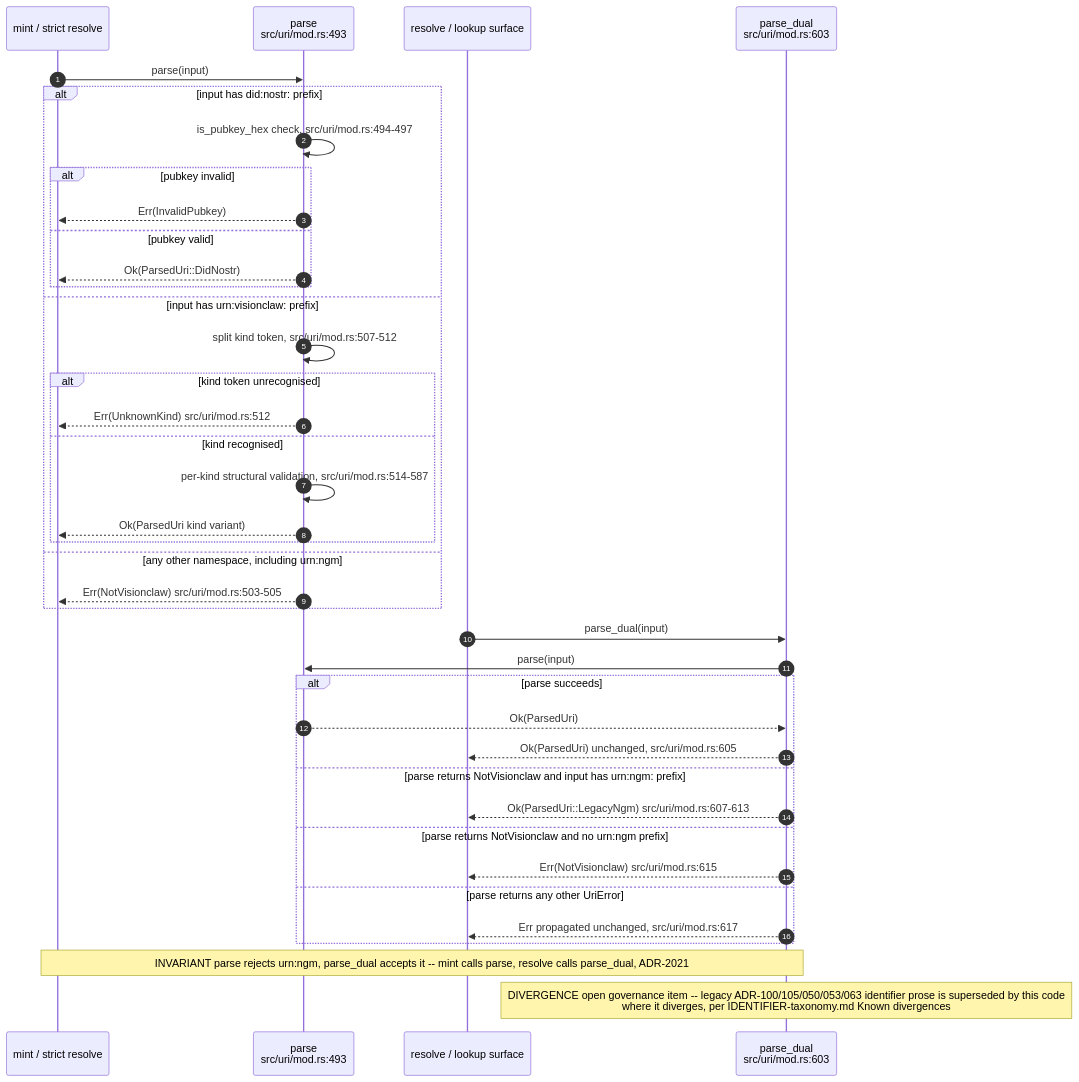
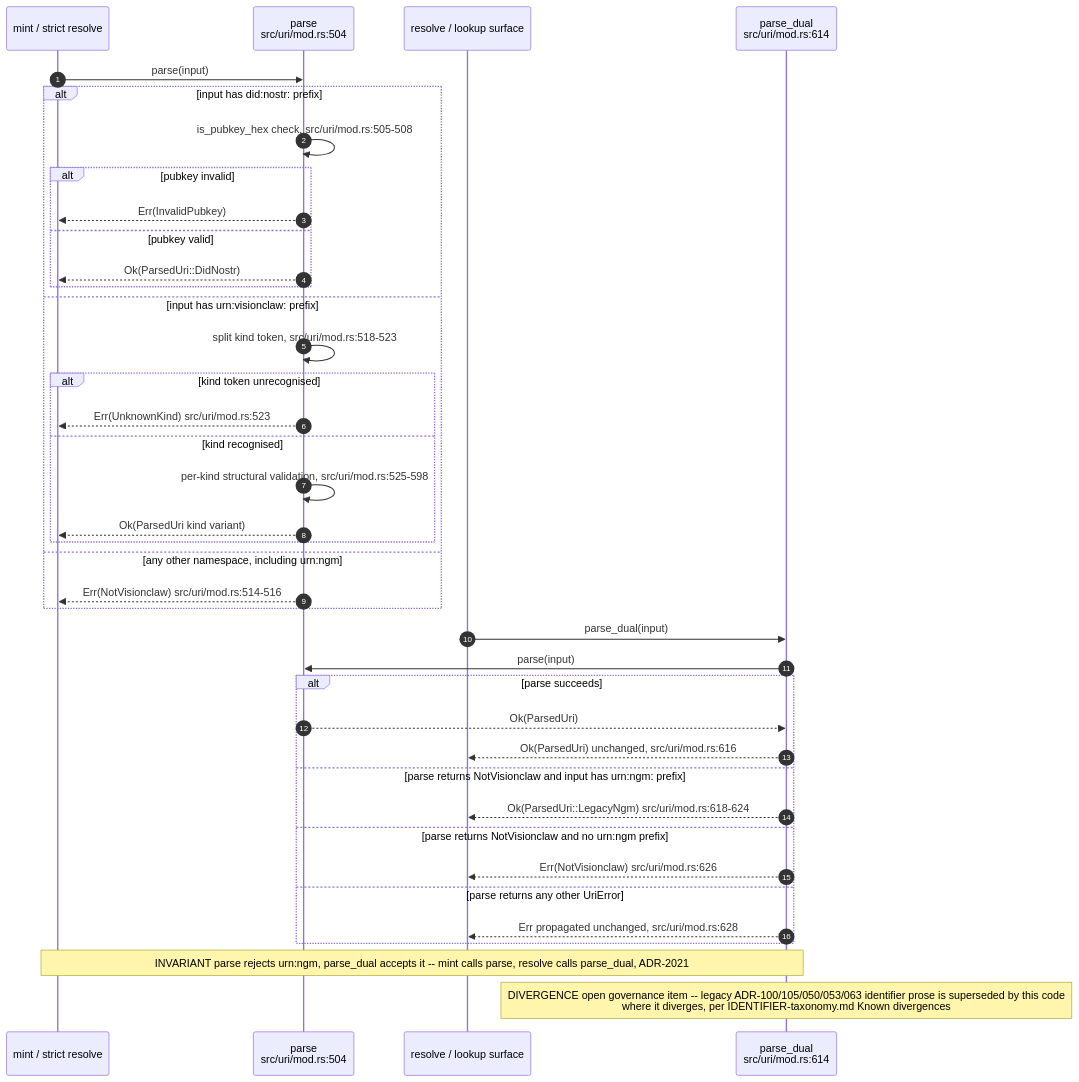
The third of 10 diagrams in docs/diagrams/visionclaw/23-identifiers-urn-did-sha12.md (DreamLab-AI/AR-AI-Knowledge-Graph), drawn with Mermaid before and after one commit. The commit also changed other lines of this file and 73 other files, not shown here.

First line of the commit message:
docs(diagrams): re-verify all 71 topic files against HEAD; add --cite-check

````diff
--- a/docs/diagrams/visionclaw/23-identifiers-urn-did-sha12.md
+++ b/docs/diagrams/visionclaw/23-identifiers-urn-did-sha12.md
@@ -120,41 +120,41 @@
 ```mermaid
 sequenceDiagram
     autonumber
     participant MintOrValidate as mint / strict resolve
-    participant P as parse<br/>src/uri/mod.rs:493
+    participant P as parse<br/>src/uri/mod.rs:504
     participant ResolveSurface as resolve / lookup surface
-    participant PD as parse_dual<br/>src/uri/mod.rs:603
+    participant PD as parse_dual<br/>src/uri/mod.rs:614
     MintOrValidate->>P: parse(input)
     alt input has did:nostr: prefix
-        P->>P: is_pubkey_hex check, src/uri/mod.rs:494-497
+        P->>P: is_pubkey_hex check, src/uri/mod.rs:505-508
         alt pubkey invalid
             P-->>MintOrValidate: Err(InvalidPubkey)
         else pubkey valid
             P-->>MintOrValidate: Ok(ParsedUri::DidNostr)
         end
     else input has urn:visionclaw: prefix
-        P->>P: split kind token, src/uri/mod.rs:507-512
+        P->>P: split kind token, src/uri/mod.rs:518-523
         alt kind token unrecognised
-            P-->>MintOrValidate: Err(UnknownKind) src/uri/mod.rs:512
+            P-->>MintOrValidate: Err(UnknownKind) src/uri/mod.rs:523
         else kind recognised
-            P->>P: per-kind structural validation, src/uri/mod.rs:514-587
+            P->>P: per-kind structural validation, src/uri/mod.rs:525-598
             P-->>MintOrValidate: Ok(ParsedUri kind variant)
         end
     else any other namespace, including urn:ngm
-        P-->>MintOrValidate: Err(NotVisionclaw) src/uri/mod.rs:503-505
+        P-->>MintOrValidate: Err(NotVisionclaw) src/uri/mod.rs:514-516
     end
     ResolveSurface->>PD: parse_dual(input)
     PD->>P: parse(input)
     alt parse succeeds
         P-->>PD: Ok(ParsedUri)
-        PD-->>ResolveSurface: Ok(ParsedUri) unchanged, src/uri/mod.rs:605
+        PD-->>ResolveSurface: Ok(ParsedUri) unchanged, src/uri/mod.rs:616
     else parse returns NotVisionclaw and input has urn:ngm: prefix
-        PD-->>ResolveSurface: Ok(ParsedUri::LegacyNgm) src/uri/mod.rs:607-613
+        PD-->>ResolveSurface: Ok(ParsedUri::LegacyNgm) src/uri/mod.rs:618-624
     else parse returns NotVisionclaw and no urn:ngm prefix
-        PD-->>ResolveSurface: Err(NotVisionclaw) src/uri/mod.rs:615
+        PD-->>ResolveSurface: Err(NotVisionclaw) src/uri/mod.rs:626
     else parse returns any other UriError
-        PD-->>ResolveSurface: Err propagated unchanged, src/uri/mod.rs:617
+        PD-->>ResolveSurface: Err propagated unchanged, src/uri/mod.rs:628
     end
     Note over MintOrValidate,PD: INVARIANT parse rejects urn:ngm, parse_dual accepts it -- mint calls parse, resolve calls parse_dual, ADR-2021
     Note over PD: DIVERGENCE open governance item -- legacy ADR-100/105/050/053/063 identifier prose is superseded by this code<br/>where it diverges, per IDENTIFIER-taxonomy.md Known divergences
 ```
````
